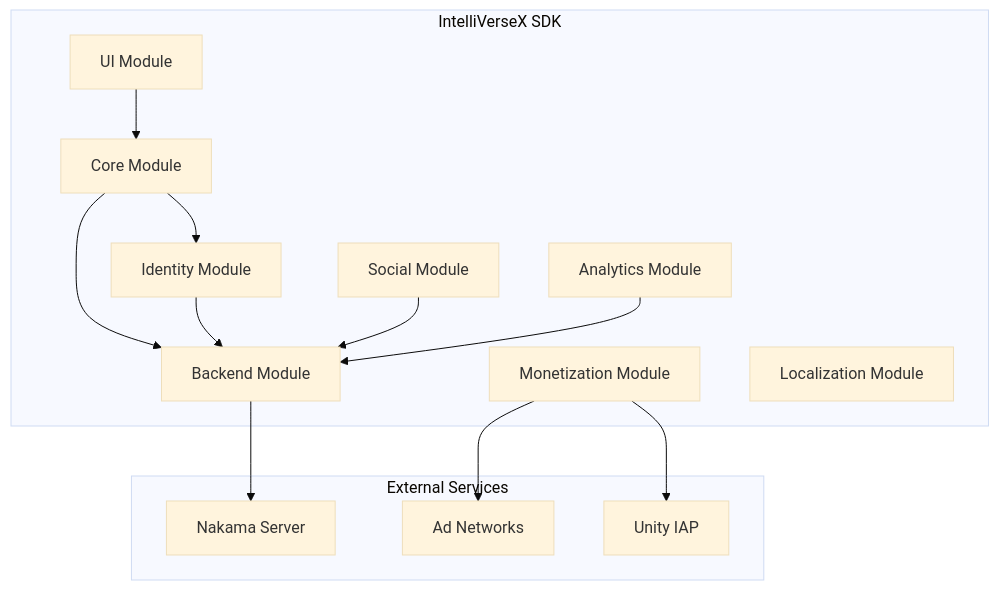
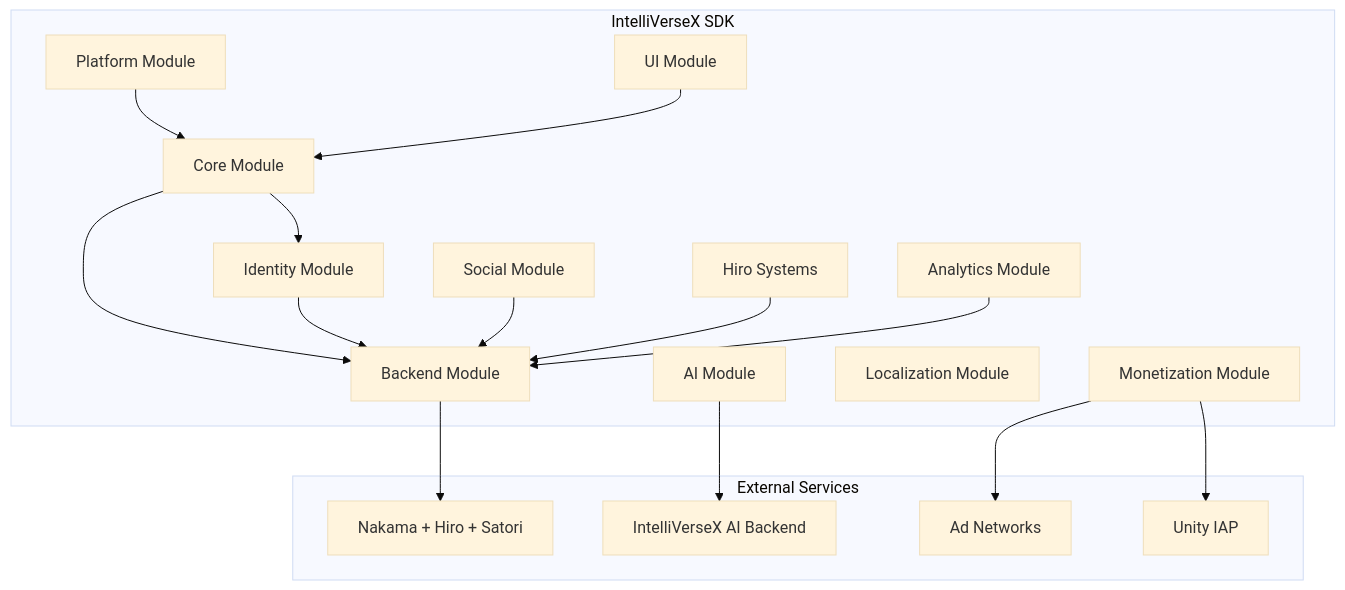
The diagram in docs/index.md (intelli-verse-x/Intelli-verse-X-SDK), drawn with Mermaid (base theme) before and after one commit. The commit also changed other lines of this file and 18 other files, not shown here.

````diff
--- a/docs/index.md
+++ b/docs/index.md
@@ -141,29 +144,36 @@
 ```mermaid
 graph TB
     subgraph "IntelliVerseX SDK"
         Core[Core Module]
         Identity[Identity Module]
         Backend[Backend Module]
         Social[Social Module]
         Monetization[Monetization Module]
         Analytics[Analytics Module]
         Localization[Localization Module]
+        AI[AI Module]
+        Hiro[Hiro Systems]
+        Platform[Platform Module]
         UI[UI Module]
     end
     
     subgraph "External Services"
-        Nakama[Nakama Server]
+        Nakama[Nakama + Hiro + Satori]
+        AIBackend[IntelliVerseX AI Backend]
         AdNetworks[Ad Networks]
         IAP[Unity IAP]
     end
     
     Core --> Identity
     Core --> Backend
     Identity --> Backend
     Backend --> Nakama
     Social --> Backend
+    Hiro --> Backend
+    AI --> AIBackend
     Monetization --> AdNetworks
     Monetization --> IAP
     Analytics --> Backend
+    Platform --> Core
     UI --> Core
 ```
````
